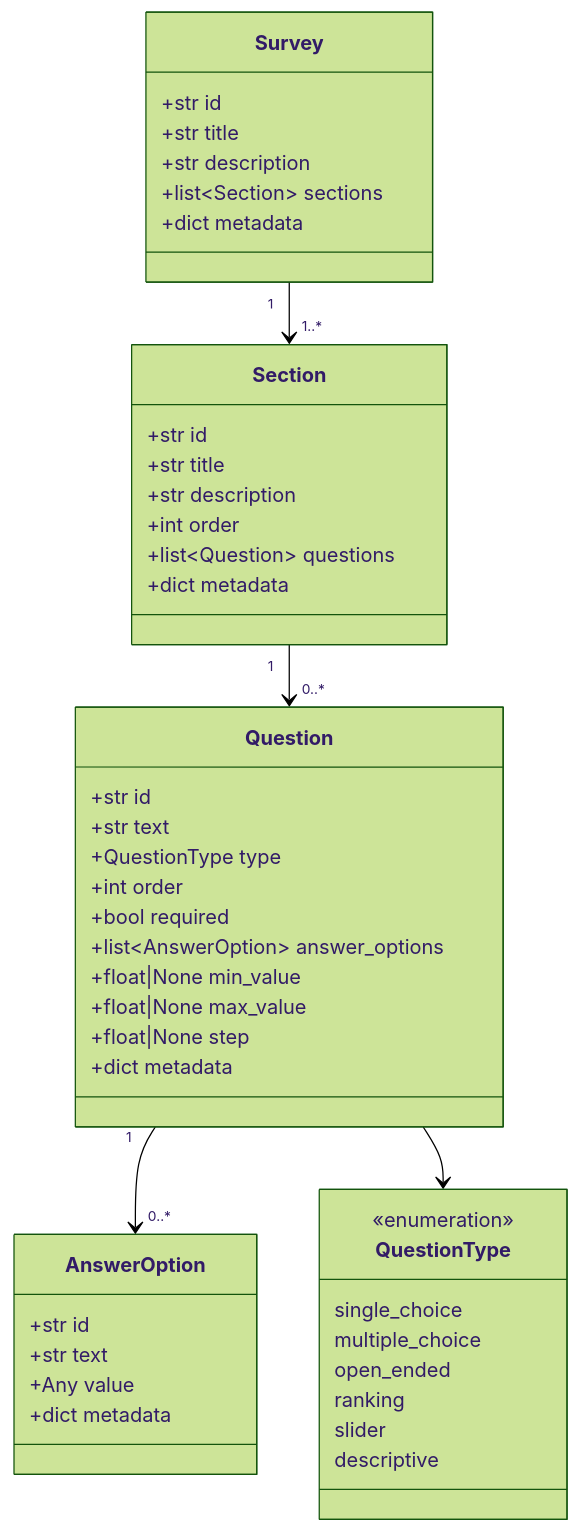
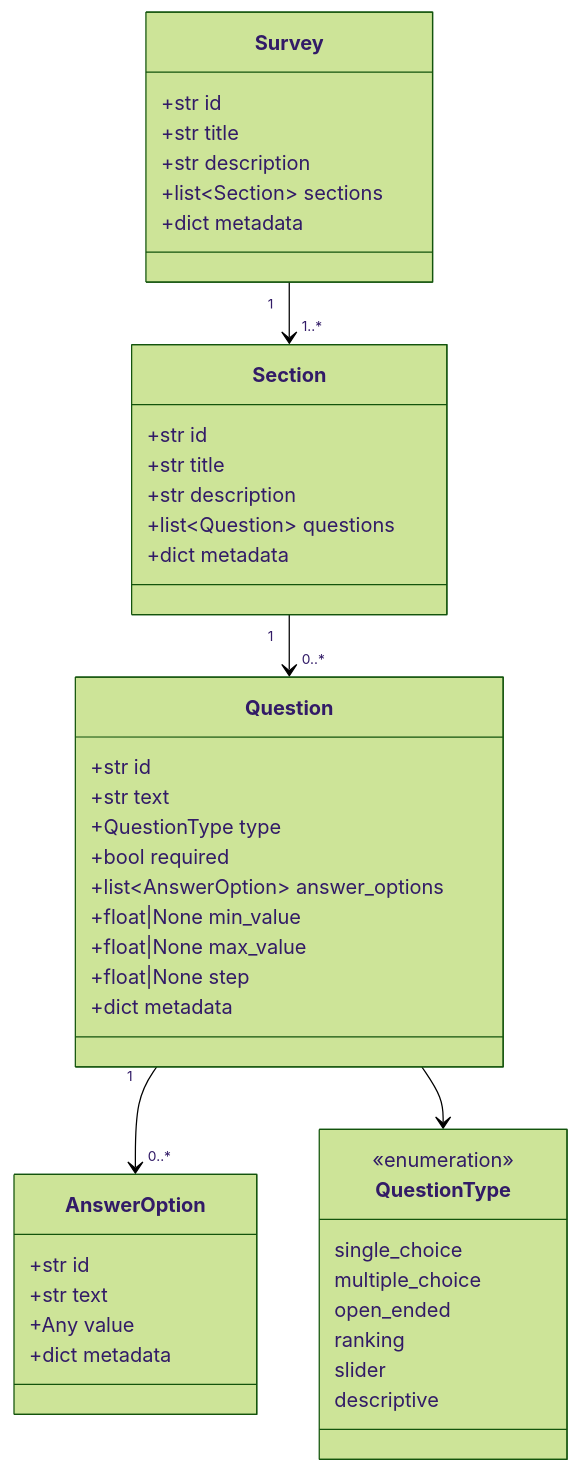
One commit to pxl-research/expats-geant changed the first of 5 diagrams in docs/DATA_MODEL.md. Above: the diagram before and after it, drawn with Mermaid (forest theme). The commit also changed 19 other files, not shown here.

````diff
--- a/docs/DATA_MODEL.md
+++ b/docs/DATA_MODEL.md
@@ -23,54 +23,52 @@
 ```mermaid
 classDiagram
     class Survey {
         +str id
         +str title
         +str description
         +list~Section~ sections
         +dict metadata
     }
 
     class Section {
         +str id
         +str title
         +str description
-        +int order
         +list~Question~ questions
         +dict metadata
     }
 
     class Question {
         +str id
         +str text
         +QuestionType type
-        +int order
         +bool required
         +list~AnswerOption~ answer_options
         +float|None min_value
         +float|None max_value
         +float|None step
         +dict metadata
     }
 
     class AnswerOption {
         +str id
         +str text
         +Any value
         +dict metadata
     }
 
     class QuestionType {
         <<enumeration>>
         single_choice
         multiple_choice
         open_ended
         ranking
         slider
         descriptive
     }
 
     Survey "1" --> "1..*" Section
     Section "1" --> "0..*" Question
     Question "1" --> "0..*" AnswerOption
     Question --> QuestionType
 ```
````
